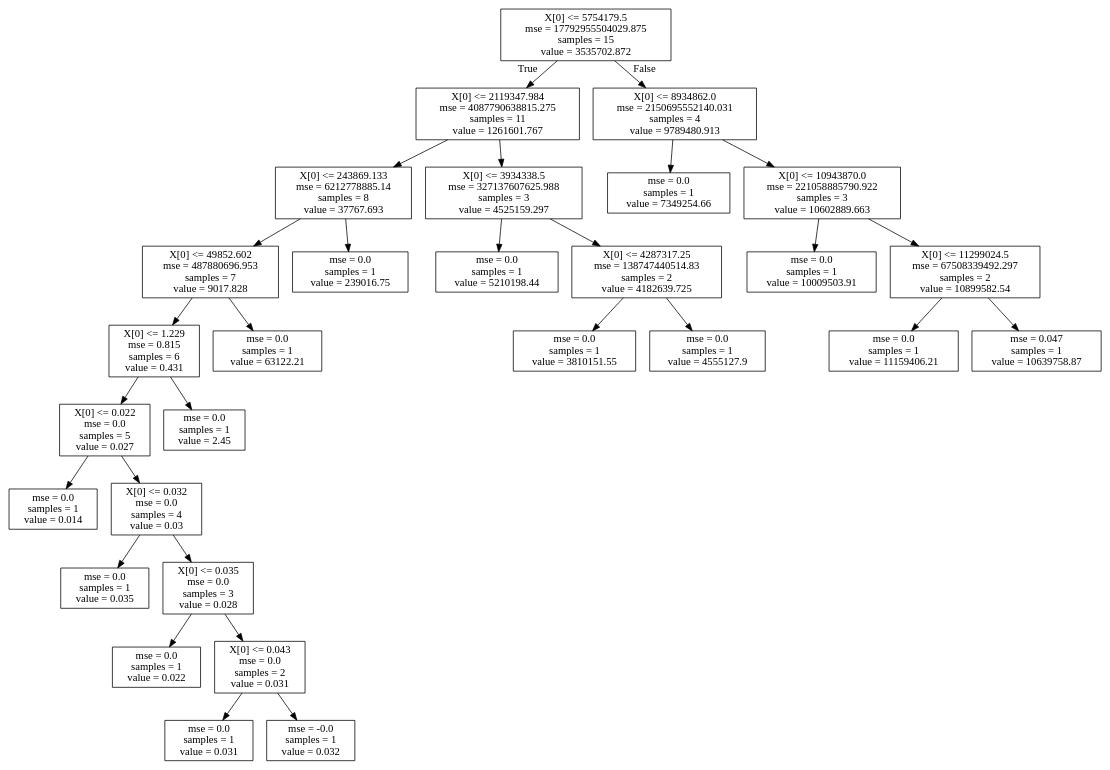
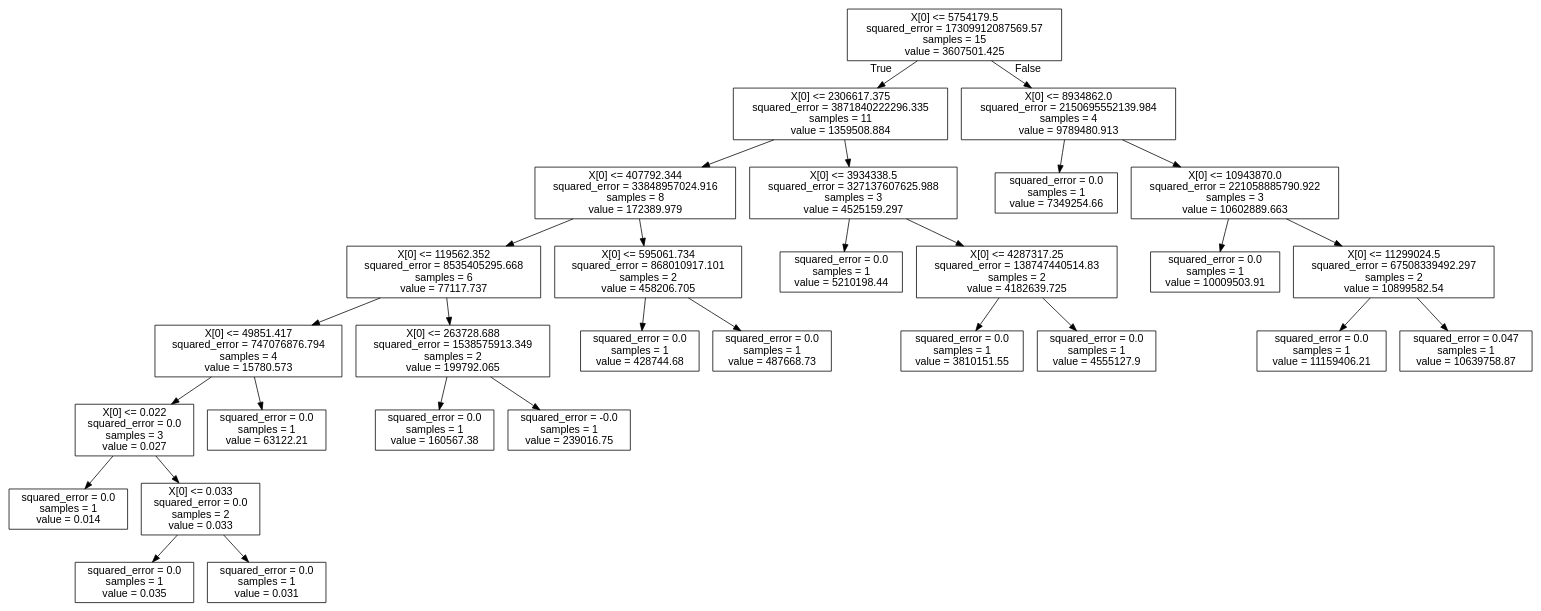
One commit to Dimitrios-Mourtzilas/Business-Strategy changed the diagram in dot_tree.dot. Above: the diagram before and after it, drawn with Graphviz. The commit also changed 21 other files, not shown here.

```diff
--- a/dot_tree.dot
+++ b/dot_tree.dot
@@ -1,60 +1,61 @@
 digraph Tree {
-node [shape=box] ;
-0 [label="X[0] <= 5754179.5\nmse = 17792955504029.875\nsamples = 15\nvalue = 3535702.872"] ;
-1 [label="X[0] <= 2119347.984\nmse = 4087790638815.275\nsamples = 11\nvalue = 1261601.767"] ;
+node [shape=box, fontname="helvetica"] ;
+edge [fontname="helvetica"] ;
+0 [label="X[0] <= 5754179.5\nsquared_error = 17309912087569.57\nsamples = 15\nvalue = 3607501.425"] ;
+1 [label="X[0] <= 2306617.375\nsquared_error = 3871840222296.335\nsamples = 11\nvalue = 1359508.884"] ;
 0 -> 1 [labeldistance=2.5, labelangle=45, headlabel="True"] ;
-2 [label="X[0] <= 243869.133\nmse = 6212778885.14\nsamples = 8\nvalue = 37767.693"] ;
+2 [label="X[0] <= 407792.344\nsquared_error = 33848957024.916\nsamples = 8\nvalue = 172389.979"] ;
 1 -> 2 ;
-3 [label="X[0] <= 49852.602\nmse = 487880696.953\nsamples = 7\nvalue = 9017.828"] ;
+3 [label="X[0] <= 119562.352\nsquared_error = 8535405295.668\nsamples = 6\nvalue = 77117.737"] ;
 2 -> 3 ;
-4 [label="X[0] <= 1.229\nmse = 0.815\nsamples = 6\nvalue = 0.431"] ;
+4 [label="X[0] <= 49851.417\nsquared_error = 747076876.794\nsamples = 4\nvalue = 15780.573"] ;
 3 -> 4 ;
-5 [label="X[0] <= 0.022\nmse = 0.0\nsamples = 5\nvalue = 0.027"] ;
+5 [label="X[0] <= 0.022\nsquared_error = 0.0\nsamples = 3\nvalue = 0.027"] ;
 4 -> 5 ;
-6 [label="mse = 0.0\nsamples = 1\nvalue = 0.014"] ;
+6 [label="squared_error = 0.0\nsamples = 1\nvalue = 0.014"] ;
 5 -> 6 ;
-7 [label="X[0] <= 0.032\nmse = 0.0\nsamples = 4\nvalue = 0.03"] ;
+7 [label="X[0] <= 0.033\nsquared_error = 0.0\nsamples = 2\nvalue = 0.033"] ;
 5 -> 7 ;
-8 [label="mse = 0.0\nsamples = 1\nvalue = 0.035"] ;
+8 [label="squared_error = 0.0\nsamples = 1\nvalue = 0.035"] ;
 7 -> 8 ;
-9 [label="X[0] <= 0.035\nmse = 0.0\nsamples = 3\nvalue = 0.028"] ;
+9 [label="squared_error = 0.0\nsamples = 1\nvalue = 0.031"] ;
 7 -> 9 ;
-10 [label="mse = 0.0\nsamples = 1\nvalue = 0.022"] ;
-9 -> 10 ;
-11 [label="X[0] <= 0.043\nmse = 0.0\nsamples = 2\nvalue = 0.031"] ;
-9 -> 11 ;
-12 [label="mse = 0.0\nsamples = 1\nvalue = 0.031"] ;
+10 [label="squared_error = 0.0\nsamples = 1\nvalue = 63122.21"] ;
+4 -> 10 ;
+11 [label="X[0] <= 263728.688\nsquared_error = 1538575913.349\nsamples = 2\nvalue = 199792.065"] ;
+3 -> 11 ;
+12 [label="squared_error = 0.0\nsamples = 1\nvalue = 160567.38"] ;
 11 -> 12 ;
-13 [label="mse = -0.0\nsamples = 1\nvalue = 0.032"] ;
+13 [label="squared_error = -0.0\nsamples = 1\nvalue = 239016.75"] ;
 11 -> 13 ;
-14 [label="mse = 0.0\nsamples = 1\nvalue = 2.45"] ;
-4 -> 14 ;
-15 [label="mse = 0.0\nsamples = 1\nvalue = 63122.21"] ;
-3 -> 15 ;
-16 [label="mse = 0.0\nsamples = 1\nvalue = 239016.75"] ;
-2 -> 16 ;
-17 [label="X[0] <= 3934338.5\nmse = 327137607625.988\nsamples = 3\nvalue = 4525159.297"] ;
+14 [label="X[0] <= 595061.734\nsquared_error = 868010917.101\nsamples = 2\nvalue = 458206.705"] ;
+2 -> 14 ;
+15 [label="squared_error = 0.0\nsamples = 1\nvalue = 428744.68"] ;
+14 -> 15 ;
+16 [label="squared_error = 0.0\nsamples = 1\nvalue = 487668.73"] ;
+14 -> 16 ;
+17 [label="X[0] <= 3934338.5\nsquared_error = 327137607625.988\nsamples = 3\nvalue = 4525159.297"] ;
 1 -> 17 ;
-18 [label="mse = 0.0\nsamples = 1\nvalue = 5210198.44"] ;
+18 [label="squared_error = 0.0\nsamples = 1\nvalue = 5210198.44"] ;
 17 -> 18 ;
-19 [label="X[0] <= 4287317.25\nmse = 138747440514.83\nsamples = 2\nvalue = 4182639.725"] ;
+19 [label="X[0] <= 4287317.25\nsquared_error = 138747440514.83\nsamples = 2\nvalue = 4182639.725"] ;
 17 -> 19 ;
-20 [label="mse = 0.0\nsamples = 1\nvalue = 3810151.55"] ;
+20 [label="squared_error = 0.0\nsamples = 1\nvalue = 3810151.55"] ;
 19 -> 20 ;
-21 [label="mse = 0.0\nsamples = 1\nvalue = 4555127.9"] ;
+21 [label="squared_error = 0.0\nsamples = 1\nvalue = 4555127.9"] ;
 19 -> 21 ;
-22 [label="X[0] <= 8934862.0\nmse = 2150695552140.031\nsamples = 4\nvalue = 9789480.913"] ;
+22 [label="X[0] <= 8934862.0\nsquared_error = 2150695552139.984\nsamples = 4\nvalue = 9789480.913"] ;
 0 -> 22 [labeldistance=2.5, labelangle=-45, headlabel="False"] ;
-23 [label="mse = 0.0\nsamples = 1\nvalue = 7349254.66"] ;
+23 [label="squared_error = 0.0\nsamples = 1\nvalue = 7349254.66"] ;
 22 -> 23 ;
-24 [label="X[0] <= 10943870.0\nmse = 221058885790.922\nsamples = 3\nvalue = 10602889.663"] ;
+24 [label="X[0] <= 10943870.0\nsquared_error = 221058885790.922\nsamples = 3\nvalue = 10602889.663"] ;
 22 -> 24 ;
-25 [label="mse = 0.0\nsamples = 1\nvalue = 10009503.91"] ;
+25 [label="squared_error = 0.0\nsamples = 1\nvalue = 10009503.91"] ;
 24 -> 25 ;
-26 [label="X[0] <= 11299024.5\nmse = 67508339492.297\nsamples = 2\nvalue = 10899582.54"] ;
+26 [label="X[0] <= 11299024.5\nsquared_error = 67508339492.297\nsamples = 2\nvalue = 10899582.54"] ;
 24 -> 26 ;
-27 [label="mse = 0.0\nsamples = 1\nvalue = 11159406.21"] ;
+27 [label="squared_error = 0.0\nsamples = 1\nvalue = 11159406.21"] ;
 26 -> 27 ;
-28 [label="mse = 0.047\nsamples = 1\nvalue = 10639758.87"] ;
+28 [label="squared_error = 0.047\nsamples = 1\nvalue = 10639758.87"] ;
 26 -> 28 ;
 }
```
